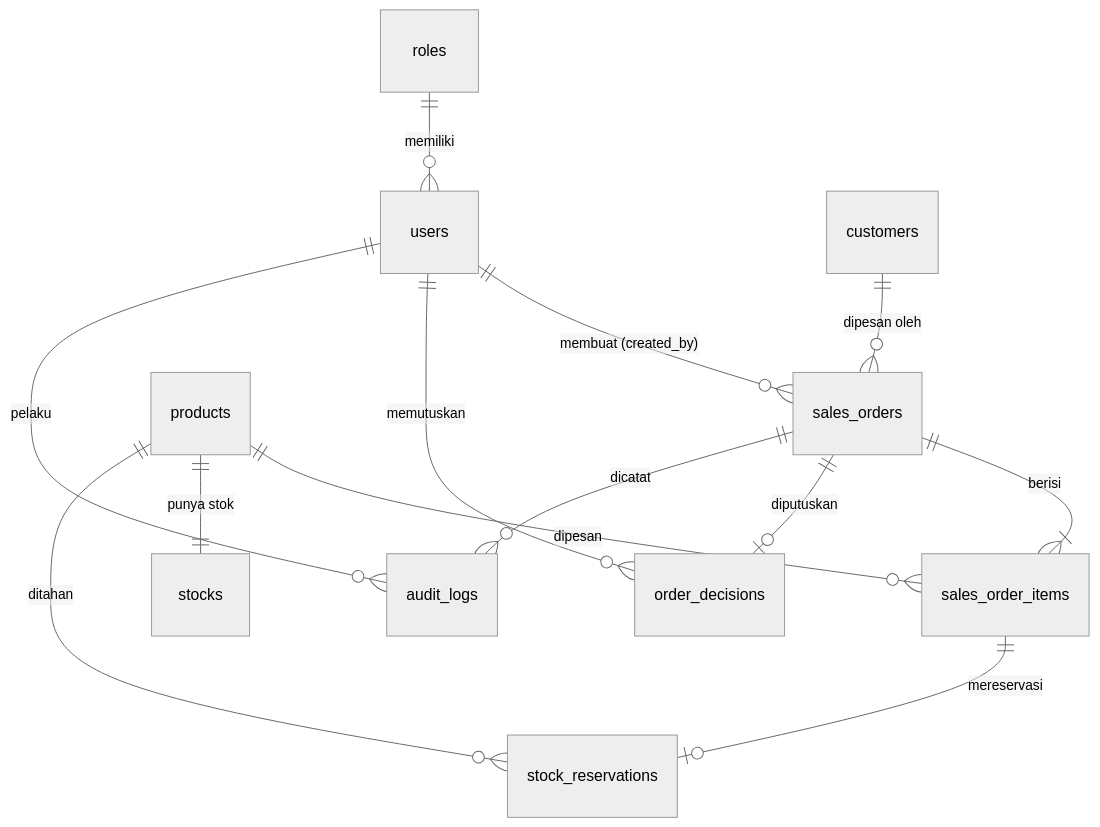
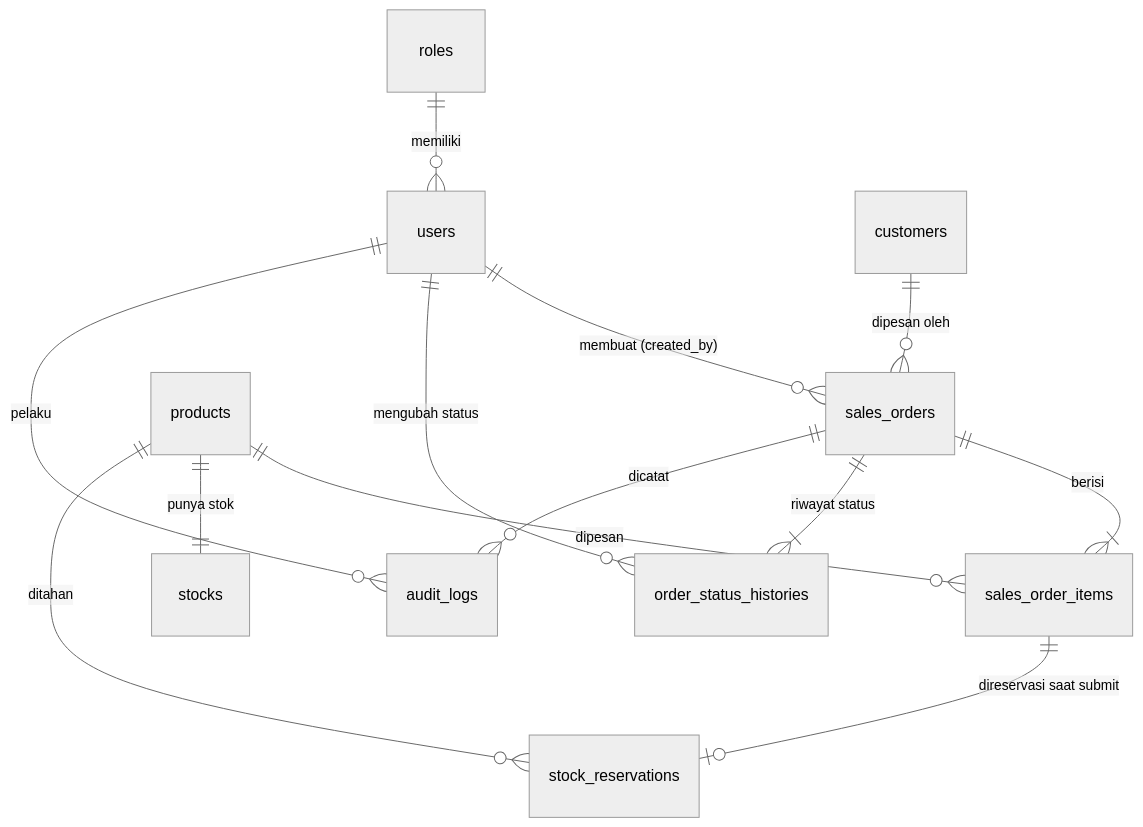
The fourth of 8 diagrams in docs/design/07-diagrams.md (riansefriadi/training-02-project), drawn with Mermaid (neutral theme) before and after one commit. The commit also changed other lines of this file and 9 other files, not shown here.

````diff
--- a/docs/design/07-diagrams.md
+++ b/docs/design/07-diagrams.md
@@ -82,15 +86,15 @@
 ```mermaid
 erDiagram
     roles ||--o{ users : "memiliki"
     users ||--o{ sales_orders : "membuat (created_by)"
     customers ||--o{ sales_orders : "dipesan oleh"
     sales_orders ||--|{ sales_order_items : "berisi"
     products ||--o{ sales_order_items : "dipesan"
     products ||--|| stocks : "punya stok"
-    sales_order_items ||--o| stock_reservations : "mereservasi"
+    sales_order_items ||--o| stock_reservations : "direservasi saat submit"
     products ||--o{ stock_reservations : "ditahan"
-    sales_orders ||--o| order_decisions : "diputuskan"
-    users ||--o{ order_decisions : "memutuskan"
+    sales_orders ||--|{ order_status_histories : "riwayat status"
+    users ||--o{ order_status_histories : "mengubah status"
     sales_orders ||--o{ audit_logs : "dicatat"
     users ||--o{ audit_logs : "pelaku"
 ```
````
